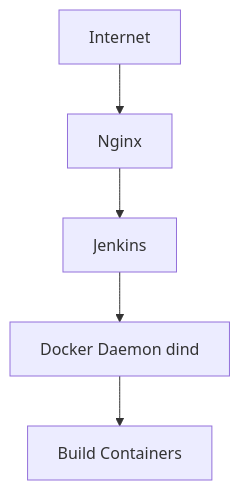
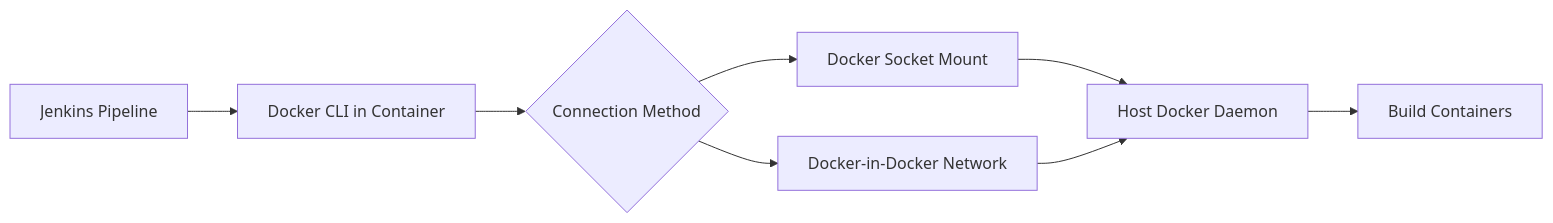
Before and after one commit to the-khiem7/jenkins-docker-builder: the fourth of 7 diagrams in README.md, drawn with Mermaid. The commit also changed other lines of this file, not shown here.

First line of the commit message:
docs: enhance README with toc and docker integration details

````diff
--- a/README.md
+++ b/README.md
@@ -119,8 +163,10 @@
 ```mermaid
-graph TD
-    A[Internet]
-    A --> B[Nginx]
-    B --> C[Jenkins]
-    C --> D[Docker Daemon dind]
-    D --> E[Build Containers]
+graph LR
+    A[Jenkins Pipeline] --> B[Docker CLI in Container]
+    B --> C{Connection Method}
+    C --> D[Docker Socket Mount]
+    C --> E[Docker-in-Docker Network]
+    D --> F[Host Docker Daemon]
+    E --> F
+    F --> G[Build Containers]
 ```
````
